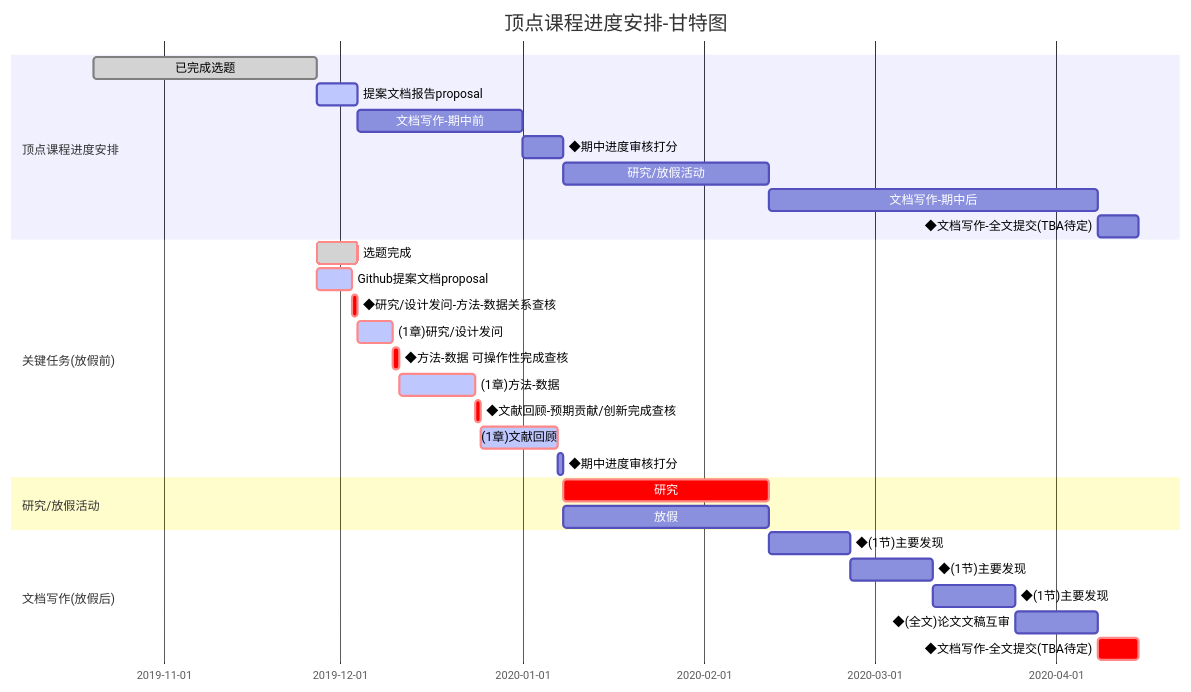
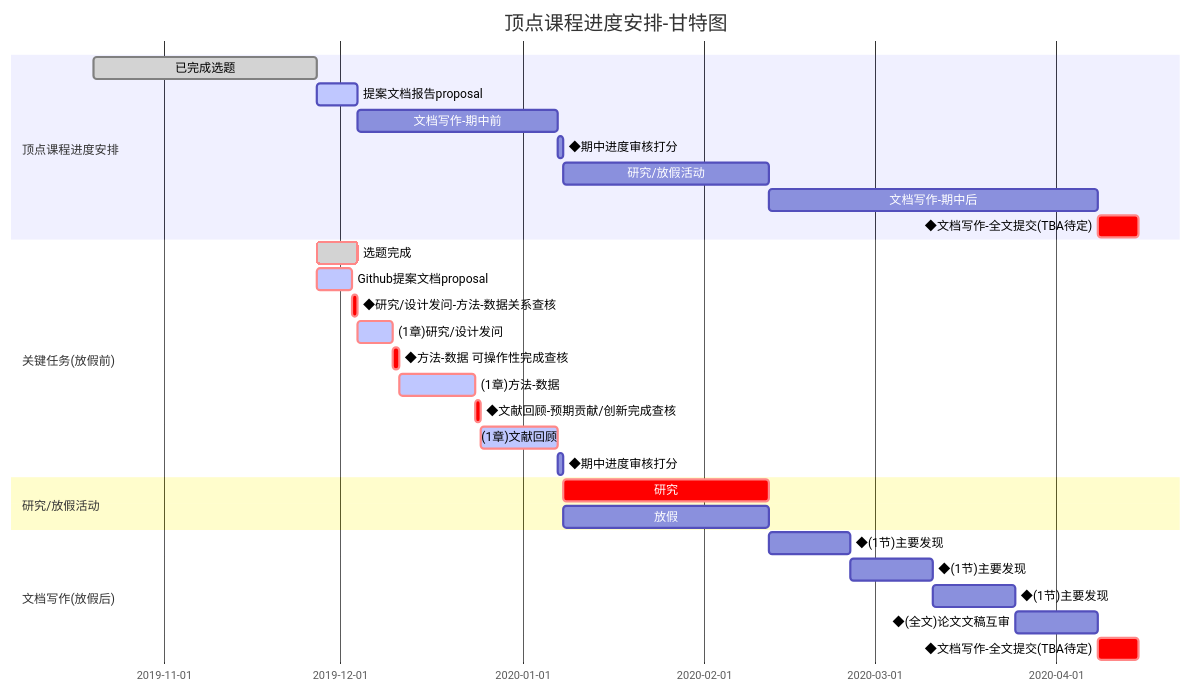
Before and after one commit to q3466141541/CapstoneProject: the diagram in prjs/proposal.md, drawn with Mermaid. The commit also changed 1 other file, not shown here.

Commit message:
font size adjustment + proposal
font size adjustment + proposal

```diff
--- a/prjs/proposal.md
+++ b/prjs/proposal.md
@@ -93,38 +93,38 @@
 <div class="mermaid" style="background-color:lightgreen;"> 
 gantt
        dateFormat  YYYY-MM-DD
        title 顶点课程进度安排-甘特图
 
        section 顶点课程进度安排
        已完成选题                :done,    des1, 2019-10-20,2019-11-27
        提案文档报告proposal      :active,  des2, 2019-11-27, 7d
-       文档写作-期中前                  :         des3, after des2, 28d
-       ◆期中进度审核打分         :         des4, after des3, 7d
+       文档写作-期中前                  :         des3, after des2, 34d
+       ◆期中进度审核打分         :         des4, after des3, 1d
        研究/放假活动             :         des5, after des4, 35d
        文档写作-期中后         :         des6, after des5, 56d
-       ◆文档写作-全文提交(TBA待定):         des7, after des6, 7d
+       ◆文档写作-全文提交(TBA待定):crit, des7, after des6, 7d
 
        section 关键任务(放假前)
        选题完成                  :crit, done, after des1, 7d
        Github提案文档proposal    :crit, active, 2019-11-27,6d
        ◆研究/设计发问-方法-数据关系查核  :crit, 1d
        (1章)研究/设计发问       :crit, active, 2019-12-04,6d
        ◆方法-数据 可操作性完成查核       :crit, 1d
        (1章)方法-数据           :crit, active, 2019-12-11,13d
        ◆文献回顾-预期贡献/创新完成查核     :crit, 1d
        (1章)文献回顾           :crit, active, 2019-12-25,13d
        ◆期中进度审核打分                   :1d
 
        section 研究/放假活动
        研究                     :crit, after des4, 35d
        放假                     :      vac1, after des4, 35d
 
        section 文档写作(放假后)
        ◆(1节)主要发现              : finding1, after des5, 14d
        ◆(1节)主要发现              : finding2, after finding1, 14d
        ◆(1节)主要发现              : finding3, after finding2, 14d
        ◆(全文)论文文稿互审             : peerreview, after finding3, 14d
        ◆文档写作-全文提交(TBA待定):crit, des7, after peerreview, 7d
 
 
 </div>
```
